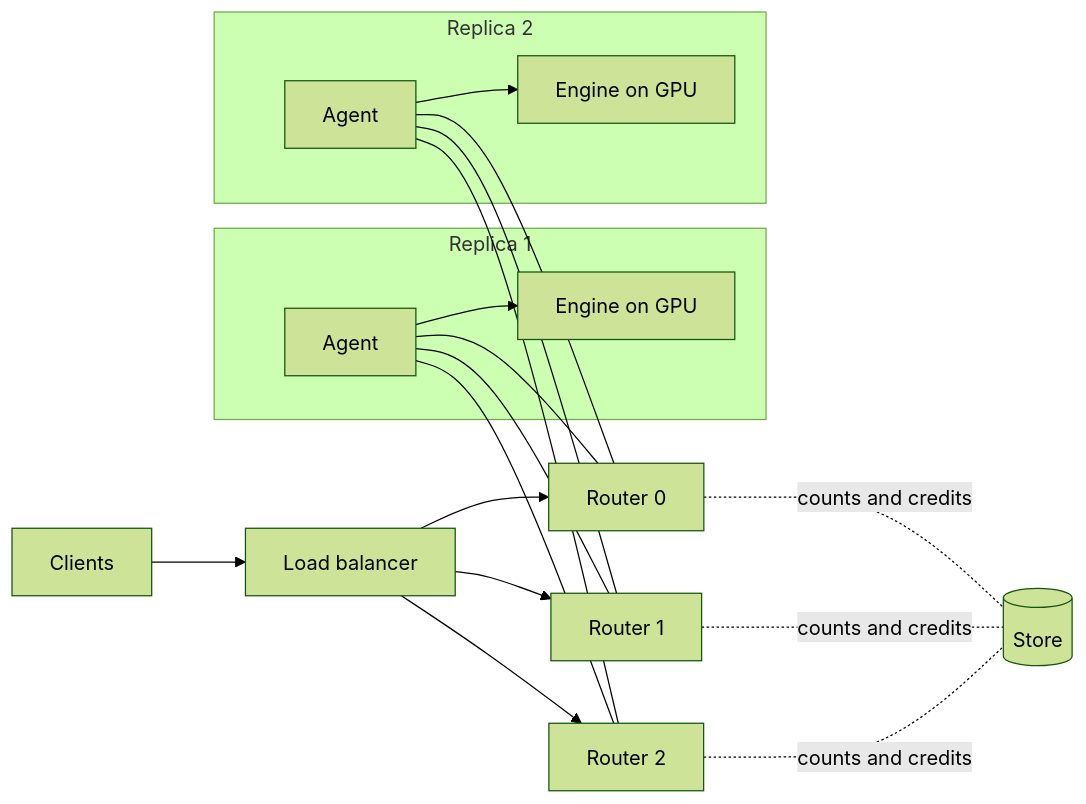
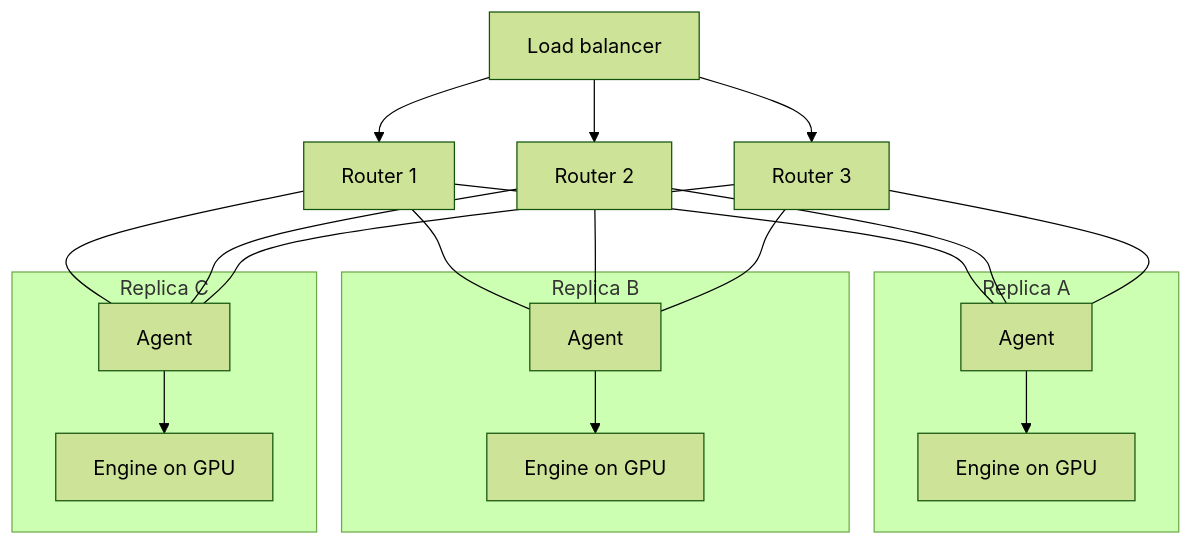
One commit to HivenetOSS/hivenet_router changed the diagram in docs/reports/router-ha.mdx. Above: the diagram before and after it, drawn with Mermaid (forest theme).

Commit message:
docs: router HA report — top-to-bottom diagram of routers and replicas

````diff
--- a/docs/reports/router-ha.mdx
+++ b/docs/reports/router-ha.mdx
@@ -87,16 +87,18 @@
 ```mermaid
-flowchart LR
-  C[Clients] --> LB[Load balancer]
-  LB --> R0[Router 0]
-  LB --> R1[Router 1]
-  LB --> R2[Router 2]
-  R0 & R1 & R2 -.counts and credits.- V[(Store)]
-  subgraph Replica1[Replica 1]
+flowchart TB
+  LB[Load balancer]
+  R1[Router 1]
+  R2[Router 2]
+  R3[Router 3]
+  subgraph RA[Replica A]
     A1[Agent] --> E1[Engine on GPU]
   end
-  subgraph Replica2[Replica 2]
+  subgraph RB[Replica B]
     A2[Agent] --> E2[Engine on GPU]
   end
-  A1 --- R0 & R1 & R2
-  A2 --- R0 & R1 & R2
+  subgraph RC[Replica C]
+    A3[Agent] --> E3[Engine on GPU]
+  end
+  LB --> R1 & R2 & R3
+  R1 & R2 & R3 --- A1 & A2 & A3
 ```
````
